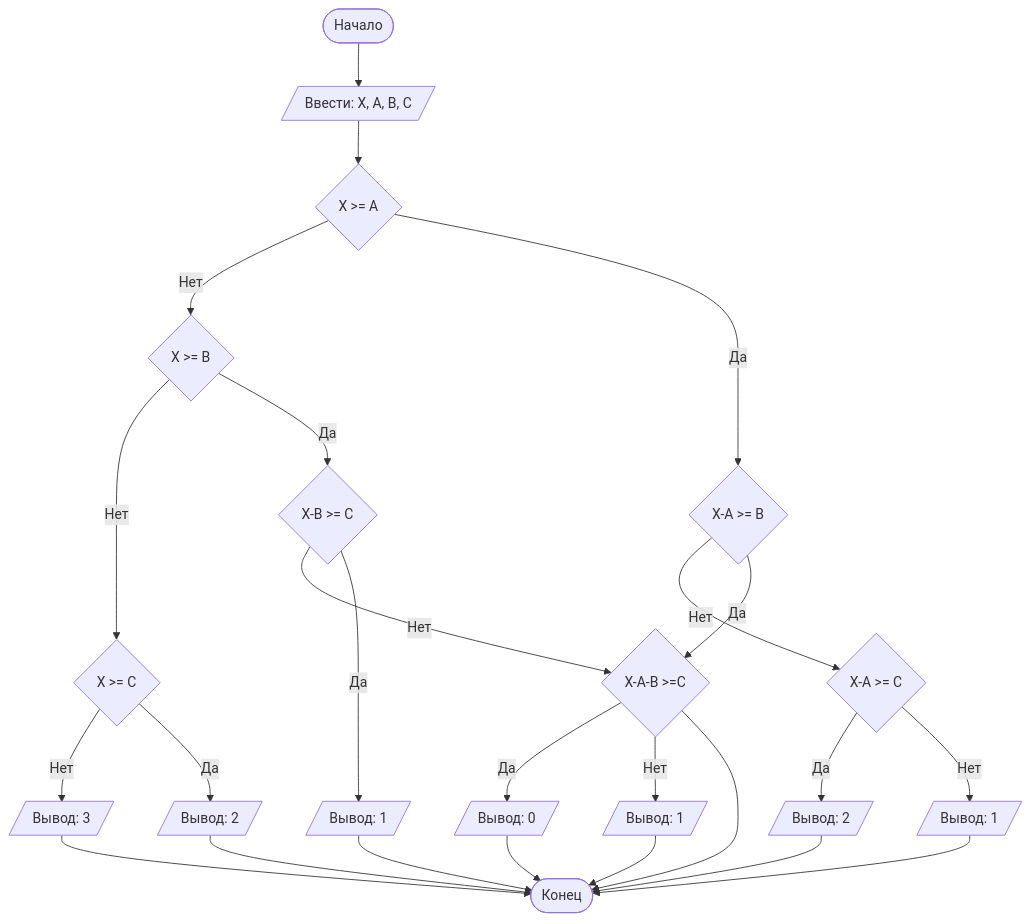
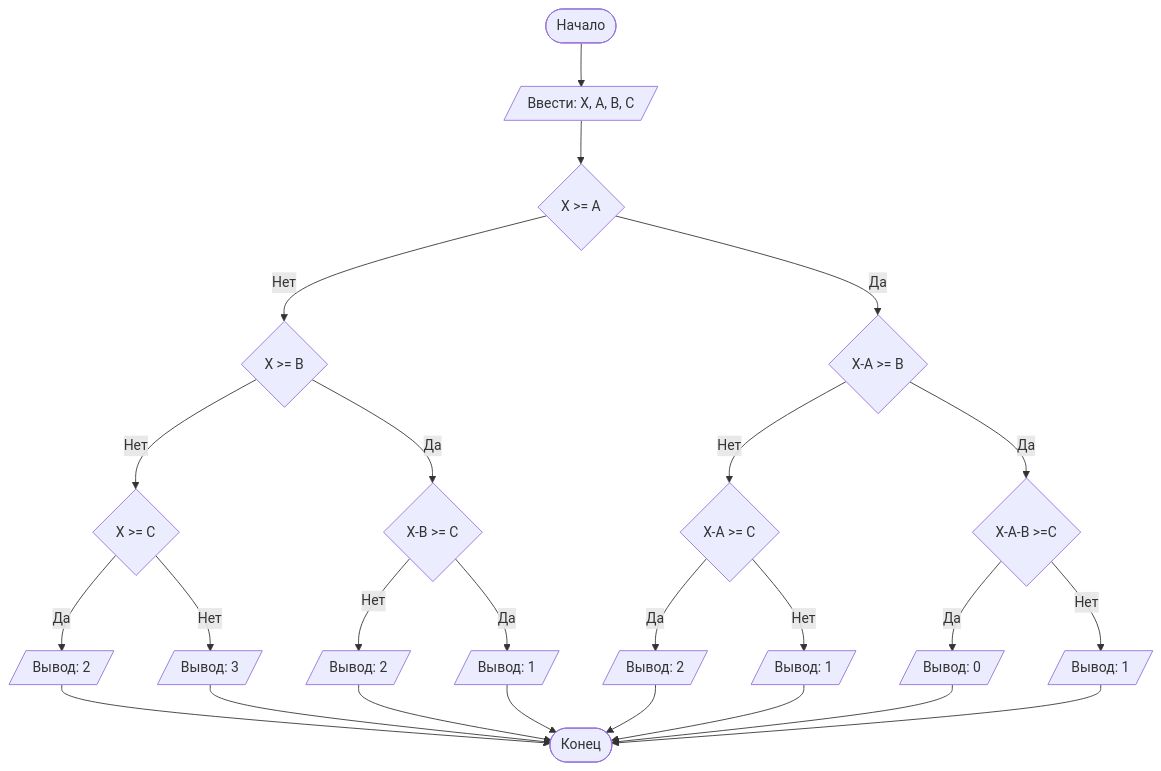
One commit to glazachevavera/GlazachevaVeraLab changed the diagram in README.md. Above: the diagram before and after it, drawn with Mermaid. The commit also changed other lines of this file, not shown here.

````diff
--- a/README.md
+++ b/README.md
@@ -50,28 +60,28 @@
 ```mermaid
 graph TD
     A([Начало]) --> B[/Ввести: X, A, B, C/]
     B --> C{X >= A}
     C -- Нет --> D{X >= B}
     D -- Нет --> E{X >= C}
     E -- Нет --> F[/Вывод: 3/]
     E -- Да --> G[/Вывод: 2/]
     D -- Да --> H{X-B >= C}
     H -- Нет --> L[/Вывод: 2/]
     H -- Да --> M[/Вывод: 1/]
     C -- Да --> I{X-A >= B}
     I -- Нет --> J{X-A >= C}
+    J -- Нет --> N[/Вывод: 1/]
     J -- Да --> K[/Вывод: 2/]
-    J -- Нет --> N[/Вывод: 1/]
-    I -- Да --> L{X-A-B >=C}
-    L -- Да --> P[/Вывод: 0/]
-    L -- Нет --> R[/Вывод: 1/]
+    I -- Да --> T{X-A-B >=C}
+    T -- Нет --> R[/Вывод: 1/]
+    T -- Да --> P[/Вывод: 0/]
     G --> Z
     F --> Z
     L --> Z
     M --> Z
     K --> Z
     N --> Z
     P --> Z
     R --> Z([Конец])
 
 ```
````
